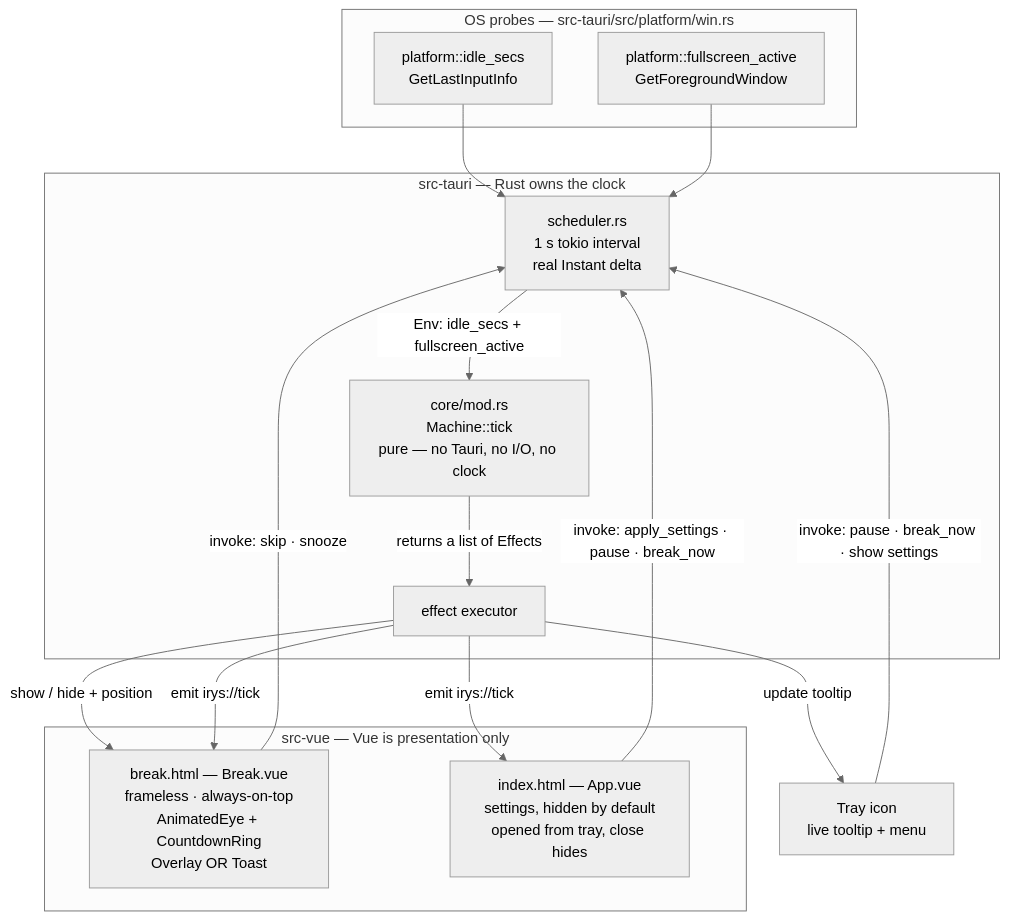
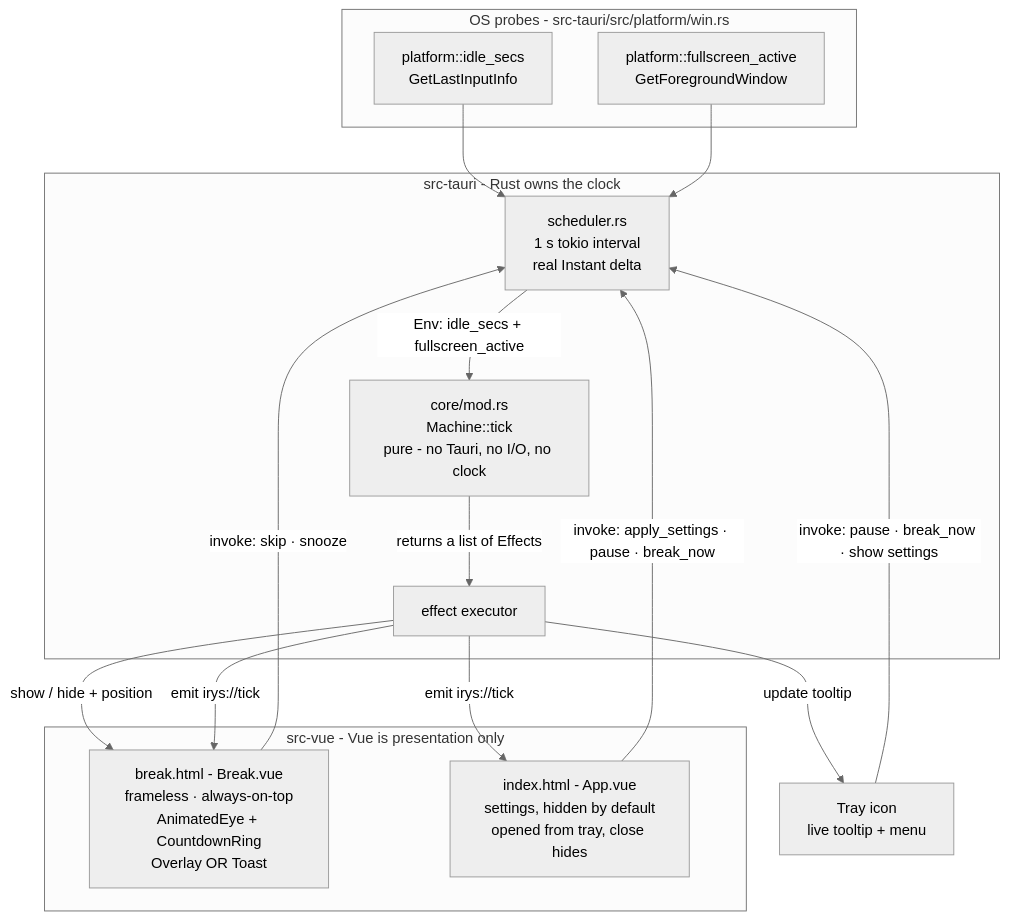
The diagram in PLAN.md (the-khiem7/IRYS-desktop), drawn with Mermaid (neutral theme) before and after one commit. The commit also changed other lines of this file and 33 other files, not shown here.

````diff
--- a/PLAN.md
+++ b/PLAN.md
@@ -52,32 +52,32 @@
 ```mermaid
 flowchart TD
-    subgraph OS["OS probes — src-tauri/src/platform/win.rs"]
+    subgraph OS["OS probes - src-tauri/src/platform/win.rs"]
         IDLE["platform::idle_secs<br/>GetLastInputInfo"]
         FULL["platform::fullscreen_active<br/>GetForegroundWindow"]
     end
 
-    subgraph RUST["src-tauri — Rust owns the clock"]
+    subgraph RUST["src-tauri - Rust owns the clock"]
         SCHED["scheduler.rs<br/>1 s tokio interval<br/>real Instant delta"]
-        CORE["core/mod.rs<br/>Machine::tick<br/>pure — no Tauri, no I/O, no clock"]
+        CORE["core/mod.rs<br/>Machine::tick<br/>pure - no Tauri, no I/O, no clock"]
         EXEC["effect executor"]
     end
 
     TRAY["Tray icon<br/>live tooltip + menu"]
 
-    subgraph WEB["src-vue — Vue is presentation only"]
-        BRK["break.html — Break.vue<br/>frameless · always-on-top<br/>AnimatedEye + CountdownRing<br/>Overlay OR Toast"]
-        SET["index.html — App.vue<br/>settings, hidden by default<br/>opened from tray, close hides"]
+    subgraph WEB["src-vue - Vue is presentation only"]
+        BRK["break.html - Break.vue<br/>frameless · always-on-top<br/>AnimatedEye + CountdownRing<br/>Overlay OR Toast"]
+        SET["index.html - App.vue<br/>settings, hidden by default<br/>opened from tray, close hides"]
     end
 
     IDLE --> SCHED
     FULL --> SCHED
     SCHED -->|"Env: idle_secs + fullscreen_active"| CORE
     CORE -->|"returns a list of Effects"| EXEC
     EXEC -->|"update tooltip"| TRAY
     EXEC -->|"show / hide + position"| BRK
     EXEC -->|"emit irys://tick"| BRK
     EXEC -->|"emit irys://tick"| SET
     BRK -->|"invoke: skip · snooze"| SCHED
     SET -->|"invoke: apply_settings · pause · break_now"| SCHED
     TRAY -->|"invoke: pause · break_now · show settings"| SCHED
 ```
````
